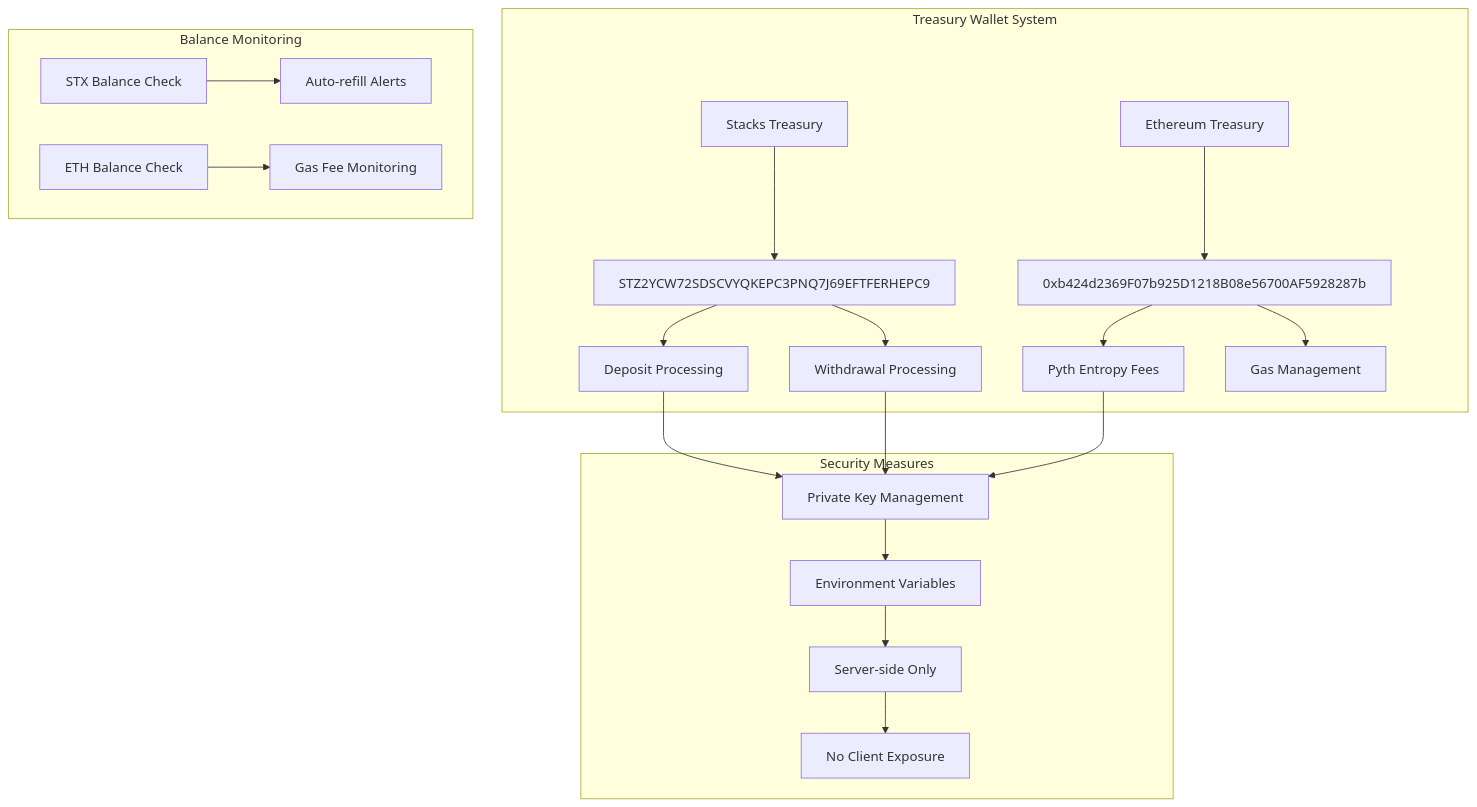
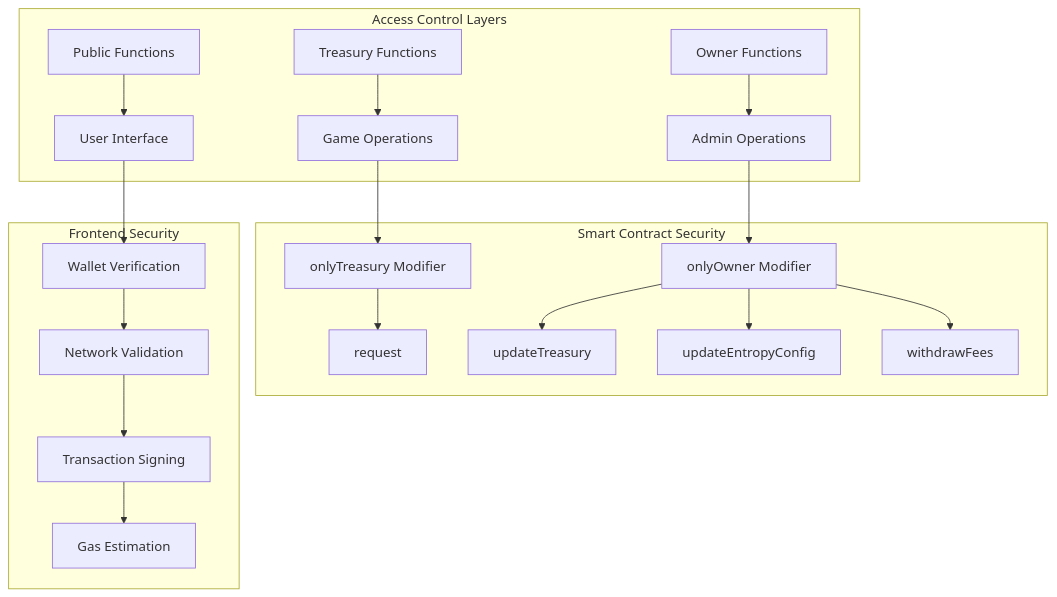
Before and after one commit to AmaanSayyad/APT-Casino-Linera: diagram 12 of 21 in MERMAID_DIAGRAMS.md, drawn with Mermaid. The commit also changed other lines of this file and 48 other files, not shown here.

````diff
--- a/MERMAID_DIAGRAMS.md
+++ b/MERMAID_DIAGRAMS.md
@@ -211,27 +389,25 @@
 ```mermaid
 graph TB
-    subgraph Treasury["Treasury Wallet System"]
-        A[Stacks Treasury] --> B[STZ2YCW72SDSCVYQKEPC3PNQ7J69EFTFERHEPC9]
-        B --> C[Deposit Processing]
-        B --> D[Withdrawal Processing]
-        
-        E[Ethereum Treasury] --> F[0xb424d2369F07b925D1218B08e56700AF5928287b]
-        F --> G[Pyth Entropy Fees]
-        F --> H[Gas Management]
+    subgraph Access["Access Control Layers"]
+        A[Public Functions] --> B[User Interface]
+        C[Treasury Functions] --> D[Game Operations]
+        E[Owner Functions] --> F[Admin Operations]
     end
     
-    subgraph Security["Security Measures"]
-        I[Private Key Management] --> J[Environment Variables]
-        J --> K[Server-side Only]
-        K --> L[No Client Exposure]
+    subgraph Contract["Smart Contract Security"]
+        G[onlyTreasury Modifier] --> H[request]
+        I[onlyOwner Modifier] --> J[updateTreasury]
+        I --> K[updateEntropyConfig]
+        I --> L[withdrawFees]
     end
     
-    subgraph Monitoring["Balance Monitoring"]
-        M[STX Balance Check] --> N[Auto-refill Alerts]
-        O[ETH Balance Check] --> P[Gas Fee Monitoring]
+    subgraph Frontend["Frontend Security"]
+        M[Wallet Verification] --> N[Network Validation]
+        N --> O[Transaction Signing]
+        O --> P[Gas Estimation]
     end
     
-    C --> I
-    D --> I
-    G --> I
+    D --> G
+    F --> I
+    B --> M
 ```
````
